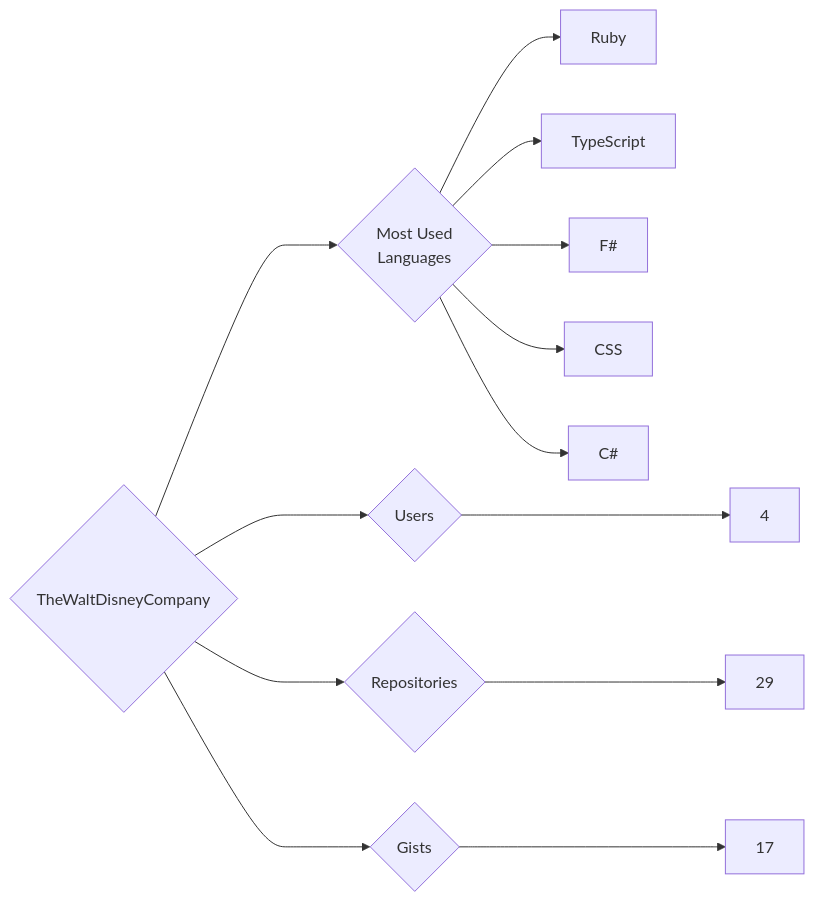
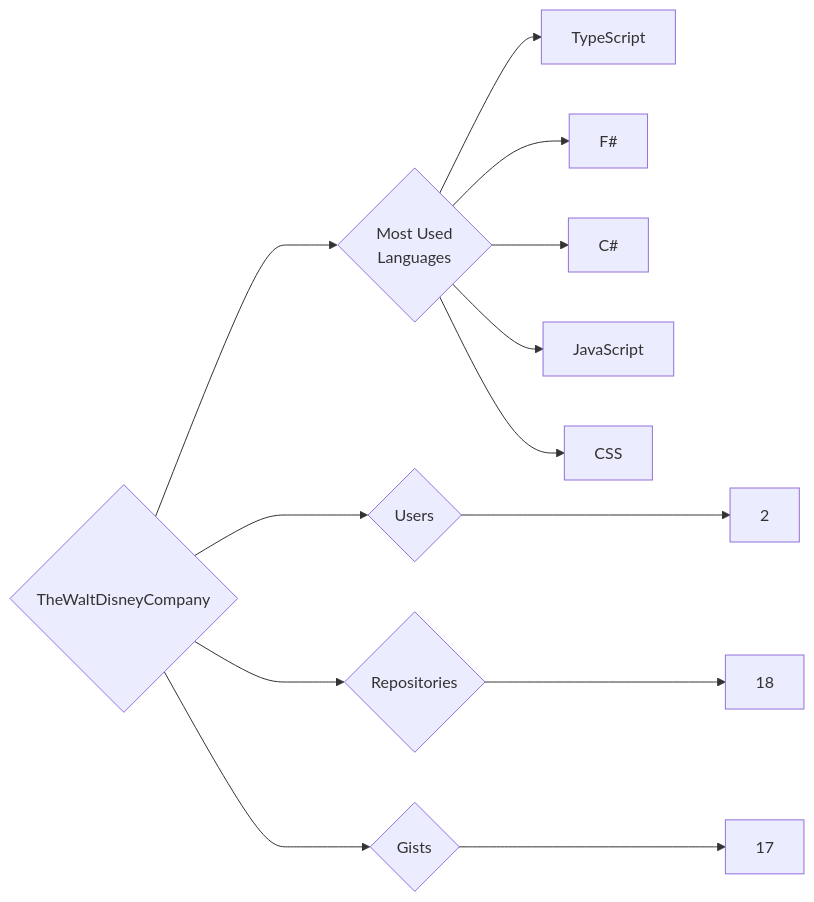
One commit to trickest/insiders changed the diagram in targets/TheWaltDisneyCompany/README.md. Above: the diagram before and after it, drawn with Mermaid. The commit also changed 1248 other files, not shown here.

````diff
--- a/targets/TheWaltDisneyCompany/README.md
+++ b/targets/TheWaltDisneyCompany/README.md
@@ -3,13 +3,13 @@
 ```mermaid
 graph LR
 COMPANY_NAME{TheWaltDisneyCompany}
-COMPANY_NAME ---> U{Users} ---> UN[4]
-COMPANY_NAME ---> R{Repositories} ---> RN[29]
+COMPANY_NAME ---> U{Users} ---> UN[2]
+COMPANY_NAME ---> R{Repositories} ---> RN[18]
 COMPANY_NAME ---> G{Gists} ---> GN[17]
 COMPANY_NAME ---> ML{Most Used<br>Languages}
-ML --> Ruby[Ruby]
 ML --> TypeScript[TypeScript]
 ML --> F#[F#]
+ML --> C#[C#]
+ML --> JavaScript[JavaScript]
 ML --> CSS[CSS]
-ML --> C#[C#]
 ```
````
